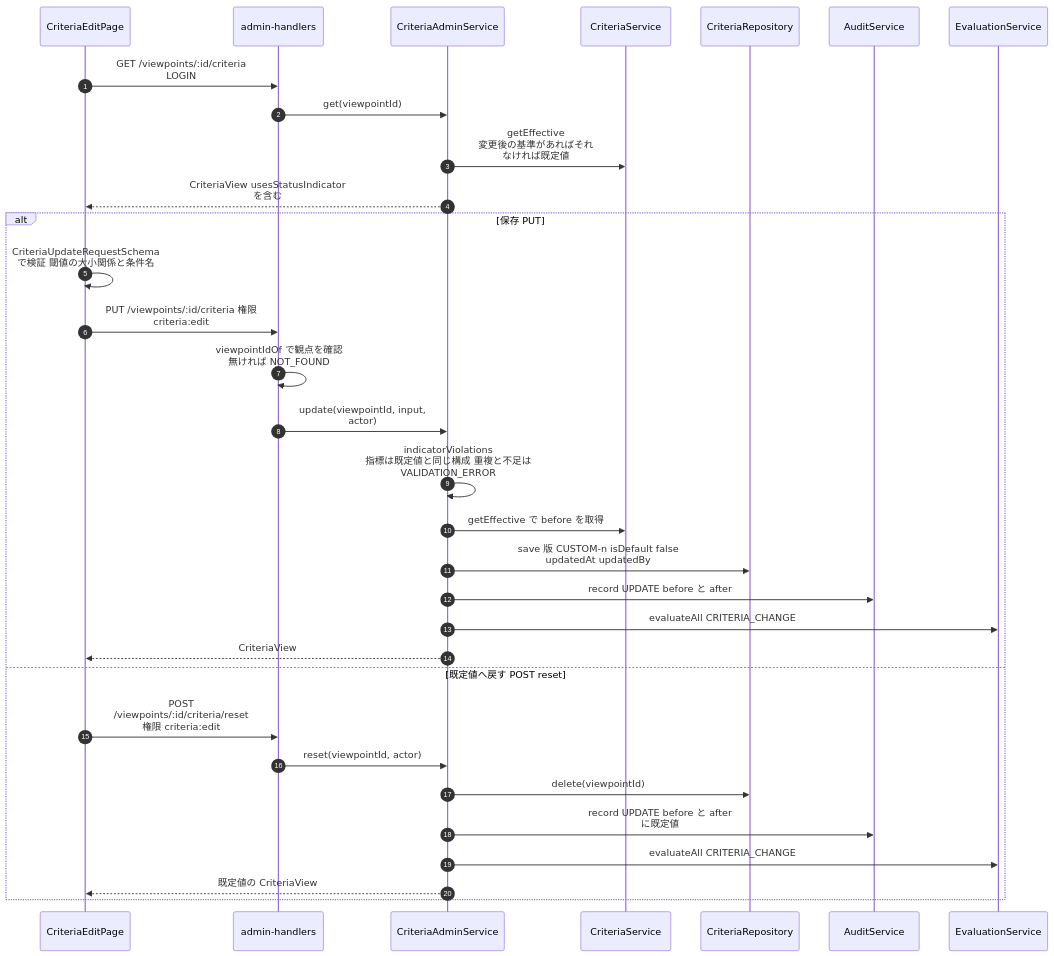
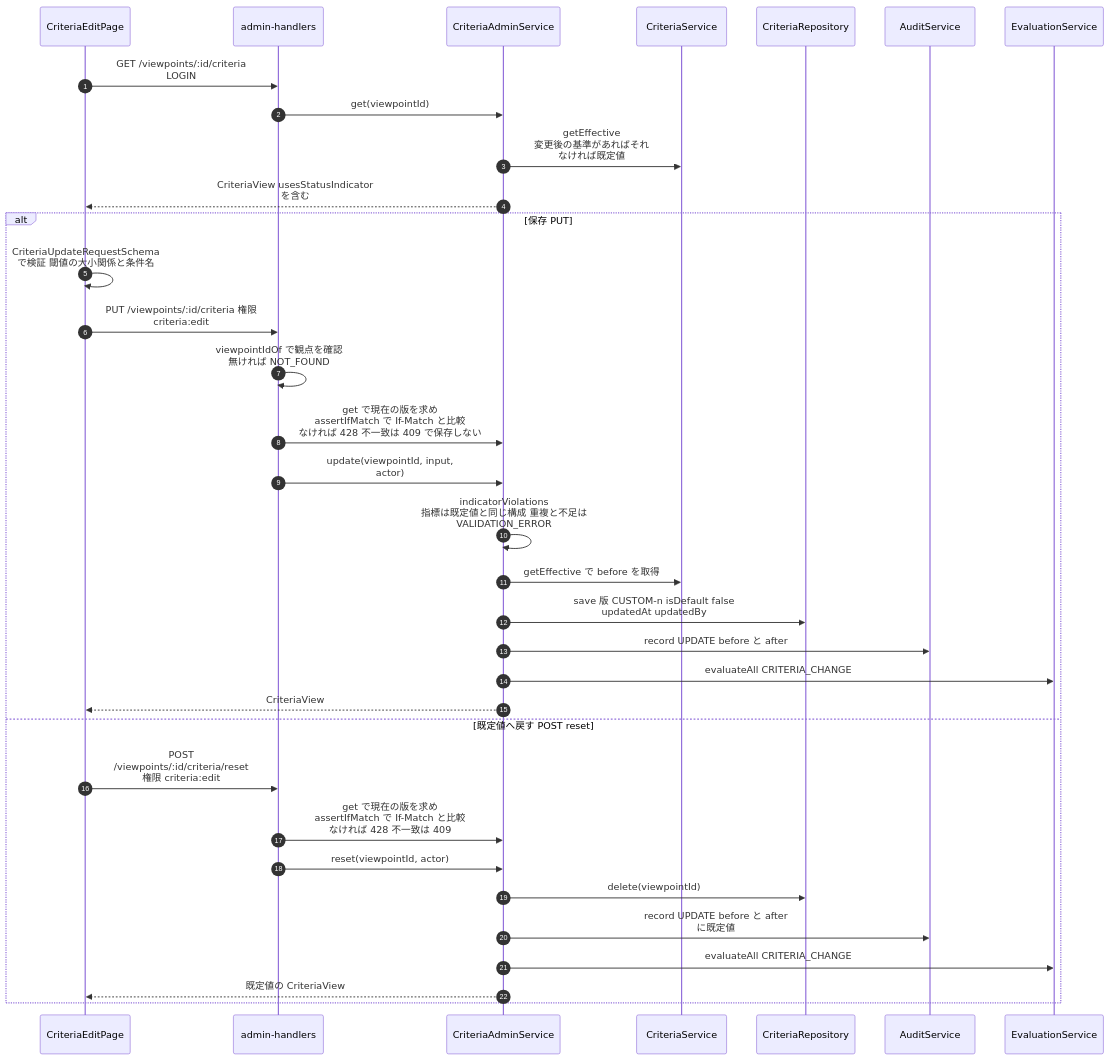
Before and after one commit to NS-APU/smart-farm-monitoring: diagram 19 of 46 in docs/10_design/architecture/as-built.md, drawn with Mermaid. The commit also changed other lines of this file and 5 other files, not shown here.

````diff
--- a/docs/10_design/architecture/as-built.md
+++ b/docs/10_design/architecture/as-built.md
@@ -1494,35 +1494,37 @@
 ```mermaid
 sequenceDiagram
   autonumber
   participant PG as CriteriaEditPage
   participant APP as admin-handlers
   participant CA as CriteriaAdminService
   participant CS as CriteriaService
   participant REP as CriteriaRepository
   participant AU as AuditService
   participant EV as EvaluationService
 
   PG->>APP: GET /viewpoints/:id/criteria<br>LOGIN
   APP->>CA: get(viewpointId)
   CA->>CS: getEffective<br>変更後の基準があればそれ<br>なければ既定値
   CA-->>PG: CriteriaView usesStatusIndicator<br>を含む
   alt 保存 PUT
     PG->>PG: CriteriaUpdateRequestSchema<br>で検証 閾値の大小関係と条件名
     PG->>APP: PUT /viewpoints/:id/criteria 権限<br>criteria:edit
     APP->>APP: viewpointIdOf で観点を確認<br>無ければ NOT_FOUND
+    APP->>CA: get で現在の版を求め<br>assertIfMatch で If-Match と比較<br>なければ 428 不一致は 409 で保存しない
     APP->>CA: update(viewpointId, input,<br>actor)
     CA->>CA: indicatorViolations<br>指標は既定値と同じ構成 重複と不足は<br>VALIDATION_ERROR
     CA->>CS: getEffective で before を取得
     CA->>REP: save 版 CUSTOM-n isDefault false<br>updatedAt updatedBy
     CA->>AU: record UPDATE before と after
     CA->>EV: evaluateAll CRITERIA_CHANGE
     CA-->>PG: CriteriaView
   else 既定値へ戻す POST reset
     PG->>APP: POST<br>/viewpoints/:id/criteria/reset<br>権限 criteria:edit
+    APP->>CA: get で現在の版を求め<br>assertIfMatch で If-Match と比較<br>なければ 428 不一致は 409
     APP->>CA: reset(viewpointId, actor)
     CA->>REP: delete(viewpointId)
     CA->>AU: record UPDATE before と after<br>に既定値
     CA->>EV: evaluateAll CRITERIA_CHANGE
     CA-->>PG: 既定値の CriteriaView
   end
 ```
````
